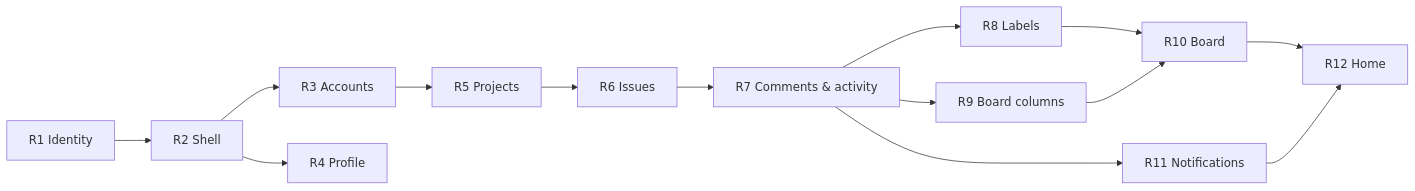
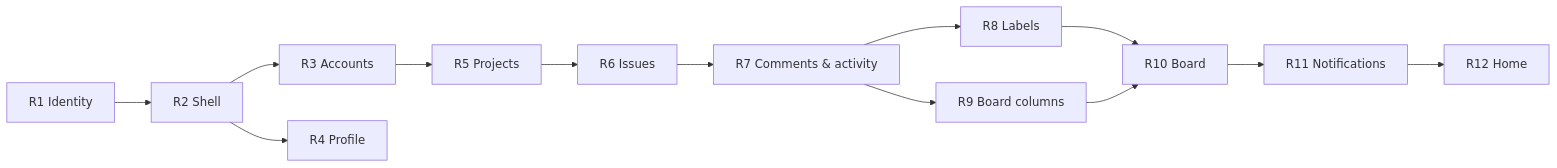
Before and after one commit to vespaiach/one-team: the diagram in docs/ROADMAP.md, drawn with Mermaid. The commit also changed other lines of this file and 2 other files, not shown here.

````diff
--- a/docs/ROADMAP.md
+++ b/docs/ROADMAP.md
@@ -59,16 +59,15 @@
 ```mermaid
 graph LR
   R1[R1 Identity] --> R2[R2 Shell]
   R2 --> R3[R3 Accounts]
   R2 --> R4[R4 Profile]
   R3 --> R5[R5 Projects]
   R5 --> R6[R6 Issues]
   R6 --> R7[R7 Comments & activity]
   R7 --> R8[R8 Labels]
   R7 --> R9[R9 Board columns]
   R8 --> R10[R10 Board]
   R9 --> R10
-  R7 --> R11[R11 Notifications]
-  R10 --> R12[R12 Home]
-  R11 --> R12
+  R10 --> R11[R11 Notifications]
+  R11 --> R12[R12 Home]
 ```
````
